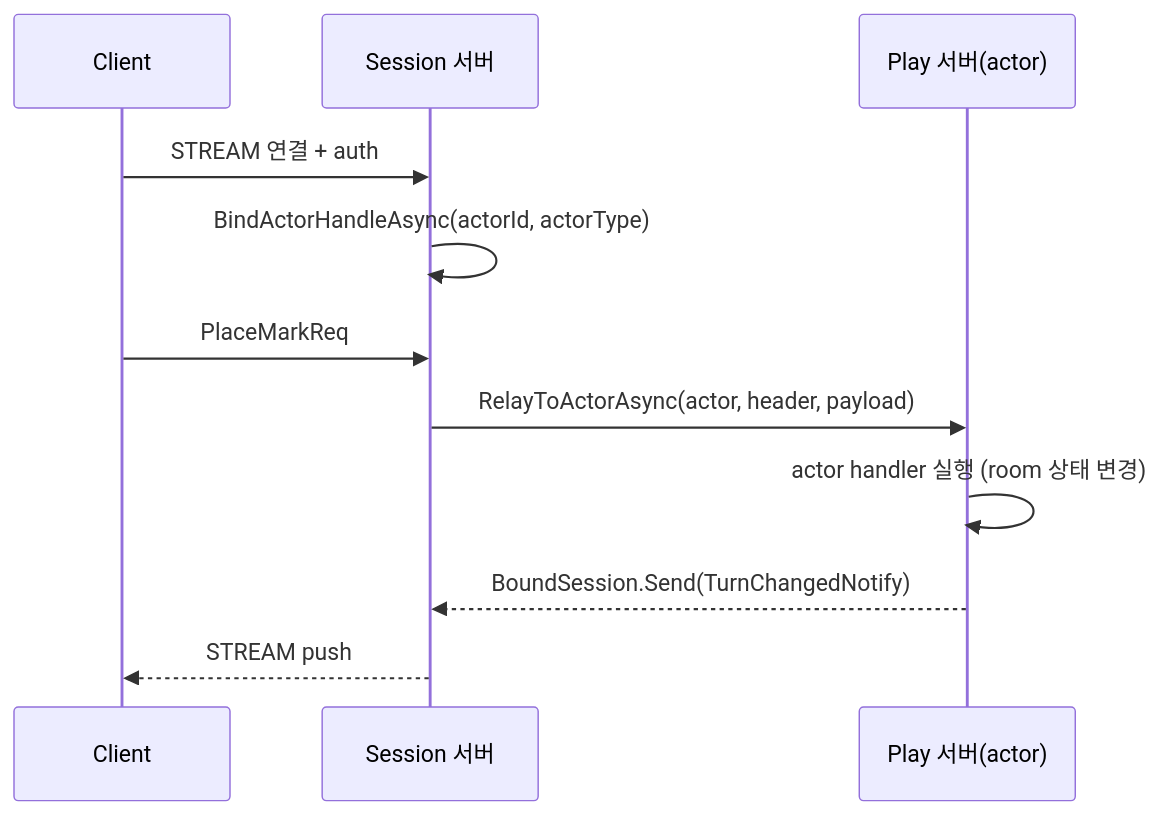
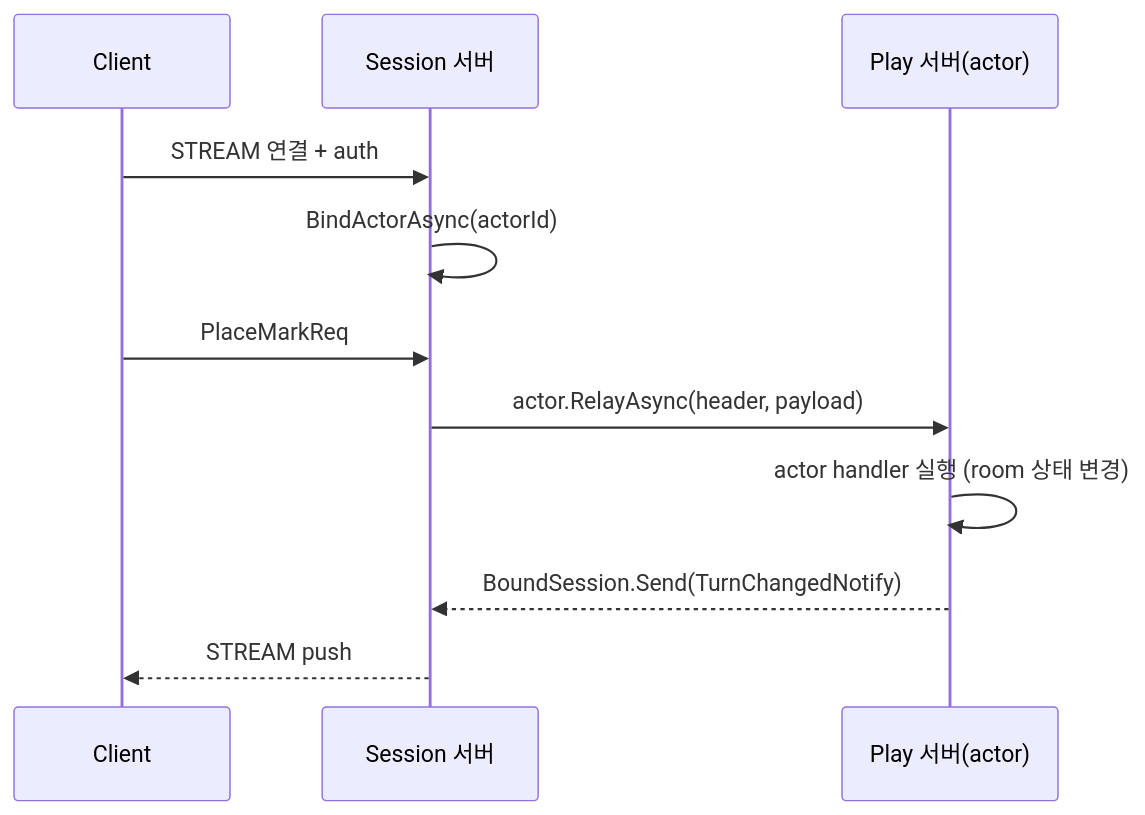
The diagram in framework/languages/dotnet/doc/guide/06-actor-session.ko.md (kairos-code-dev/zlink), drawn with Mermaid before and after one commit. The commit also changed other lines of this file and 49 other files, not shown here.

````diff
--- a/framework/languages/dotnet/doc/guide/06-actor-session.ko.md
+++ b/framework/languages/dotnet/doc/guide/06-actor-session.ko.md
@@ -190,13 +190,13 @@
 ```mermaid
 sequenceDiagram
   participant C as Client
   participant S as Session 서버
   participant P as Play 서버(actor)
   C->>S: STREAM 연결 + auth
-  S->>S: BindActorHandleAsync(actorId, actorType)
+  S->>S: BindActorAsync(actorId)
   C->>S: PlaceMarkReq
-  S->>P: RelayToActorAsync(actor, header, payload)
+  S->>P: actor.RelayAsync(header, payload)
   P->>P: actor handler 실행 (room 상태 변경)
   P-->>S: BoundSession.Send(TurnChangedNotify)
   S-->>C: STREAM push
 ```
````
